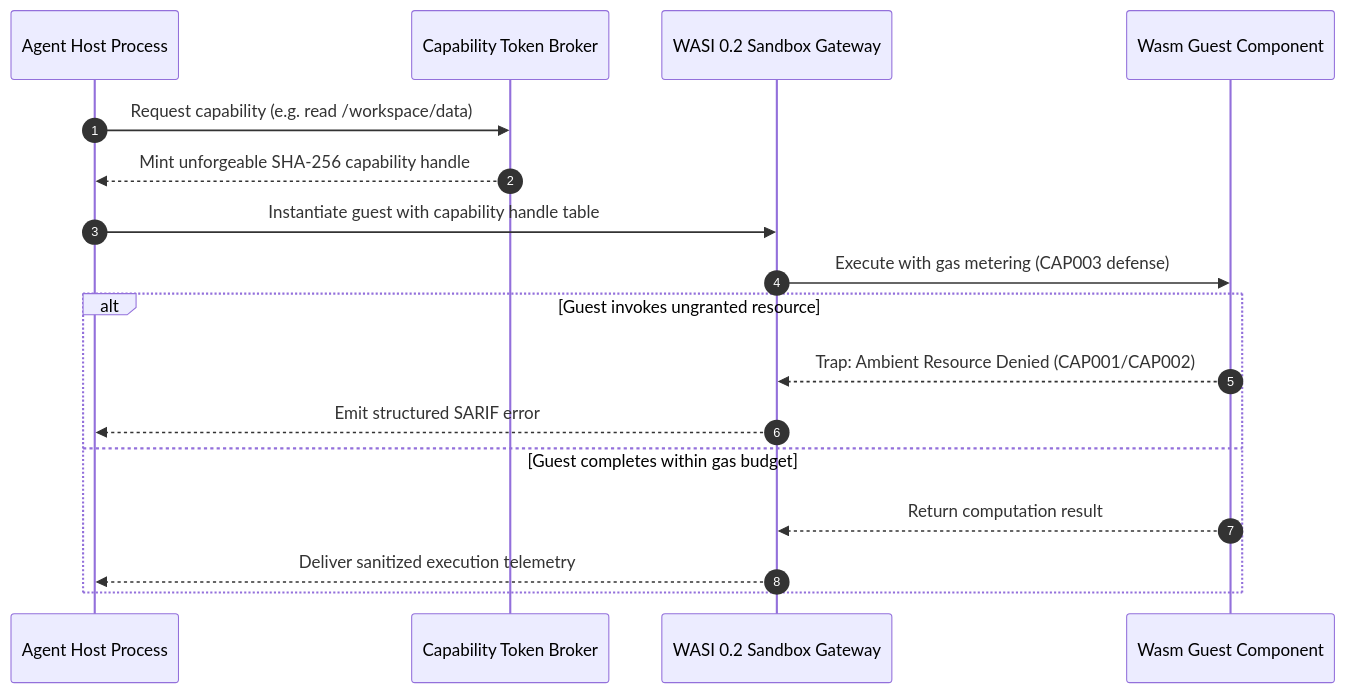
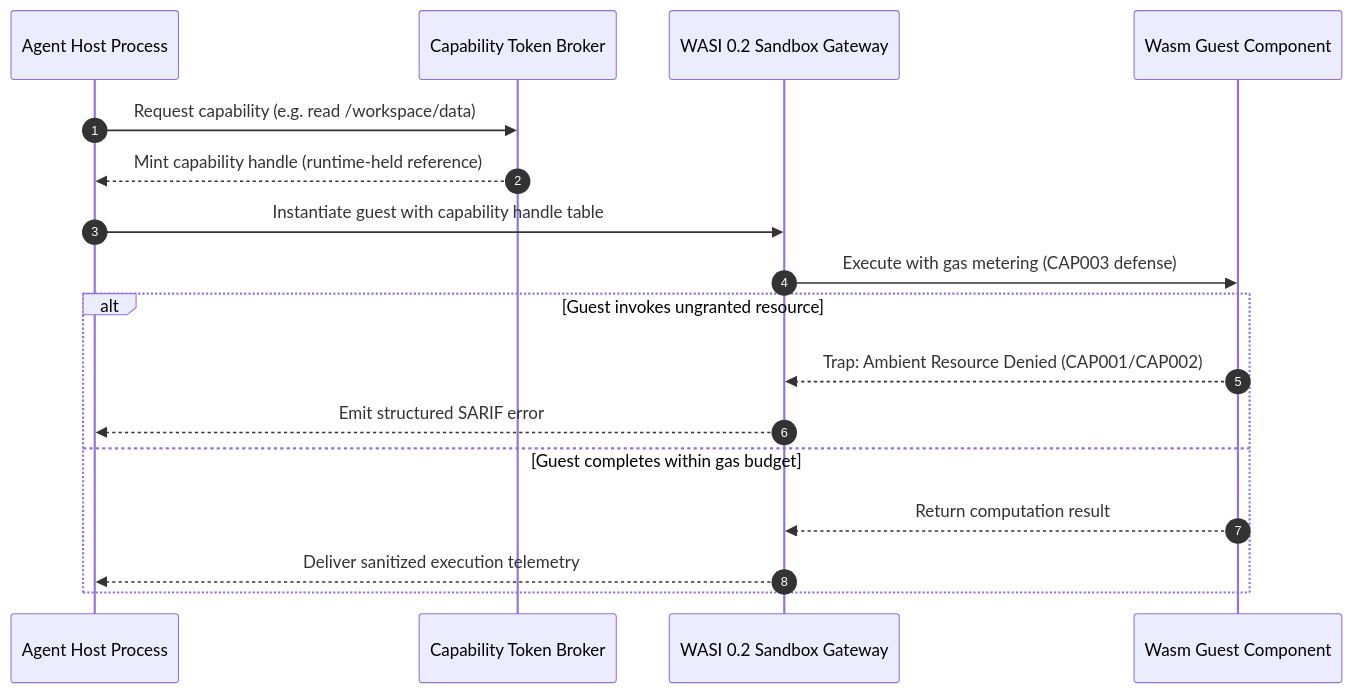
One commit to dan-petty/vibes changed the diagram in patterns/capability-based-wasm-sandboxing.md. Above: the diagram before and after it, drawn with Mermaid. The commit also changed other lines of this file and 248 other files, not shown here.

````diff
--- a/patterns/capability-based-wasm-sandboxing.md
+++ b/patterns/capability-based-wasm-sandboxing.md
@@ -25,20 +27,20 @@
 ```mermaid
 sequenceDiagram
     autonumber
     participant Host as Agent Host Process
     participant Broker as Capability Token Broker
     participant Gateway as WASI 0.2 Sandbox Gateway
     participant Guest as Wasm Guest Component
 
     Host->>Broker: Request capability (e.g. read /workspace/data)
-    Broker-->>Host: Mint unforgeable SHA-256 capability handle
+    Broker-->>Host: Mint capability handle (runtime-held reference)
     Host->>Gateway: Instantiate guest with capability handle table
     Gateway->>Guest: Execute with gas metering (CAP003 defense)
     alt Guest invokes ungranted resource
         Guest-->>Gateway: Trap: Ambient Resource Denied (CAP001/CAP002)
         Gateway-->>Host: Emit structured SARIF error
     else Guest completes within gas budget
         Guest-->>Gateway: Return computation result
         Gateway-->>Host: Deliver sanitized execution telemetry
     end
 ```
````
